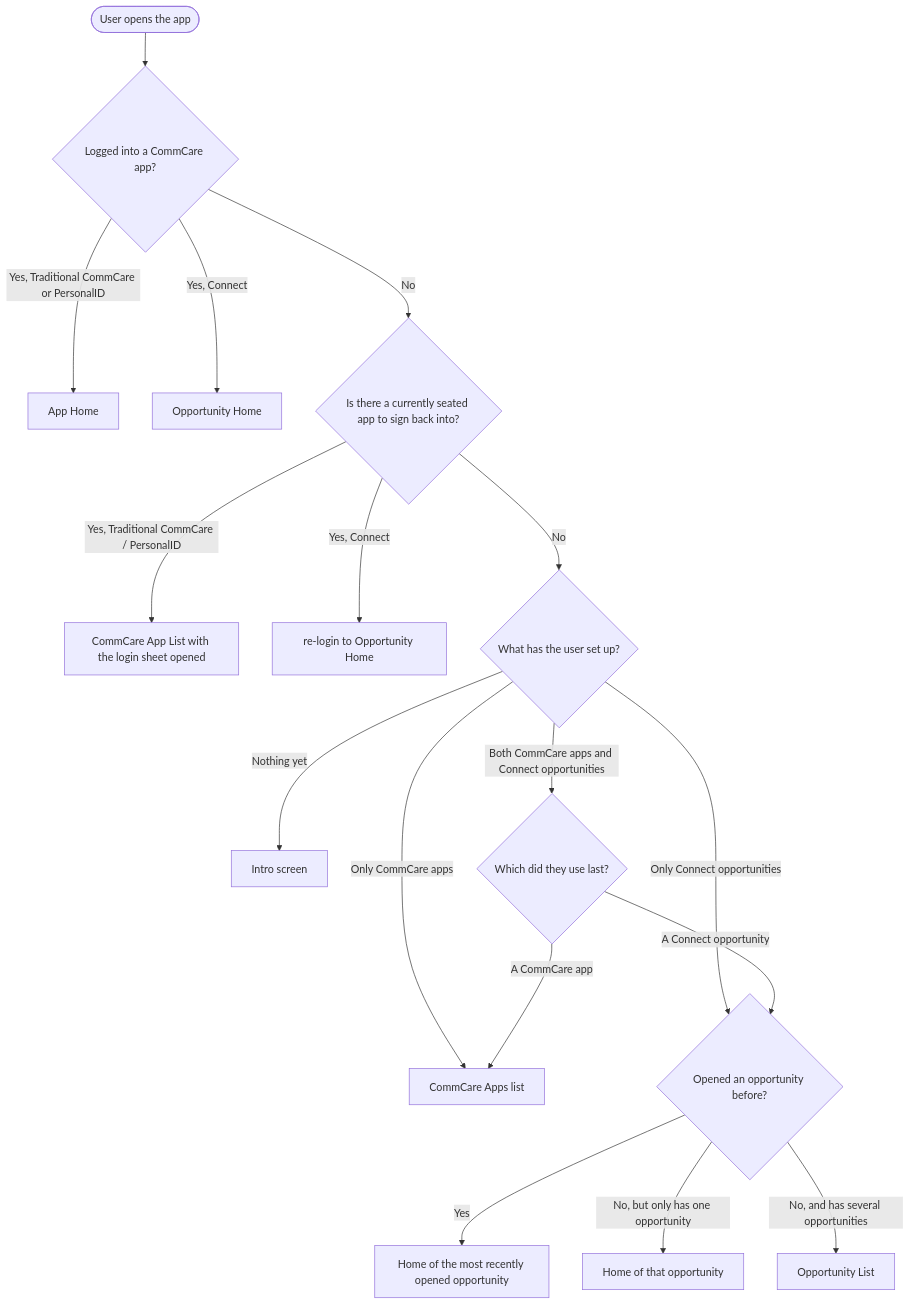
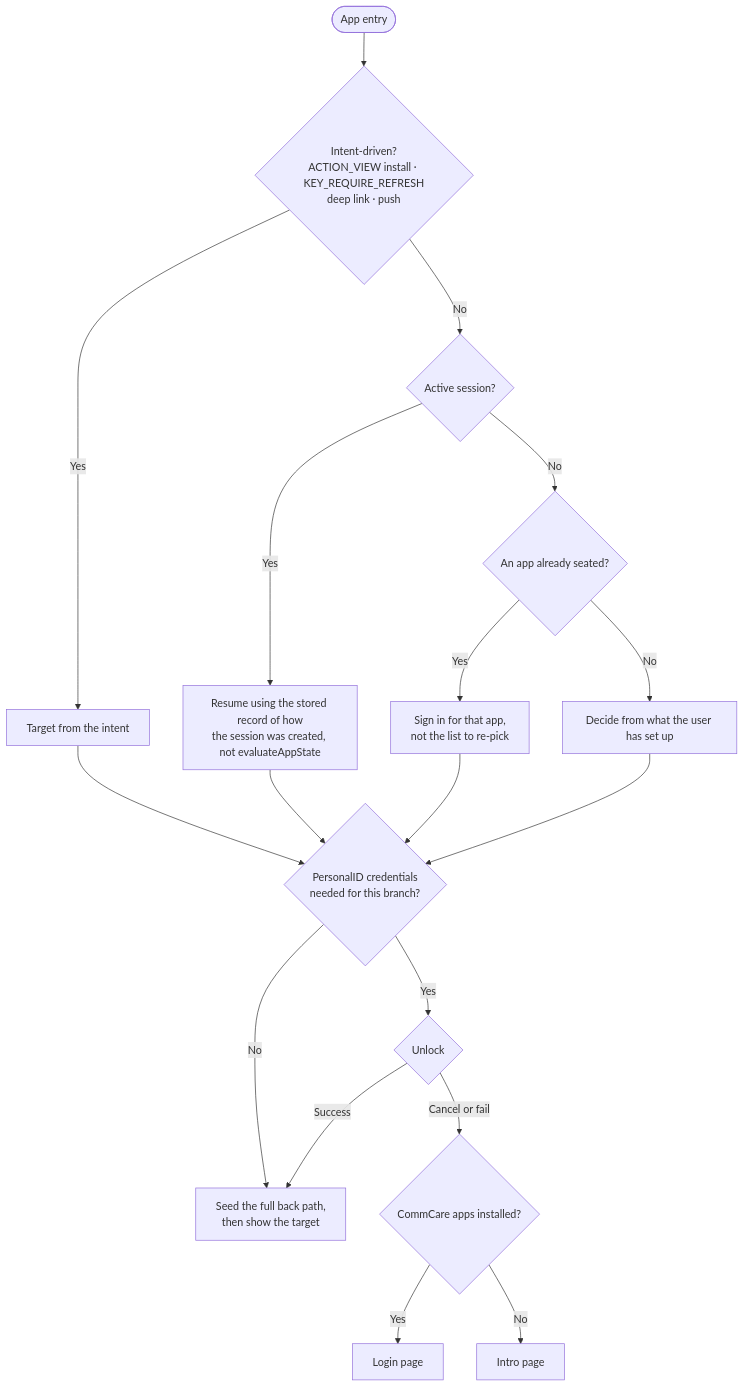
The diagram in docs/superpowers/specs/2026-07-23-app-navigation-changes-design.md (dimagi/commcare-android), drawn with Mermaid before and after one commit. The commit also changed other lines of this file, not shown here.

First line of the commit message:
CCCT-2520 App Navigation Changes Spec

````diff
--- a/docs/superpowers/specs/2026-07-23-app-navigation-changes-design.md
+++ b/docs/superpowers/specs/2026-07-23-app-navigation-changes-design.md
@@ -11,19 +17,16 @@
 ```mermaid
 flowchart TD
-    Open([User opens the app]) --> Active{Logged into a CommCare app?}
-    Active -->|Yes, Traditional CommCare or PersonalID| AppHome[App Home]
-    Active -->|Yes, Connect| OppHome[Opportunity Home]
-    Active -->|No| Current{Is there a currently seated app to sign back into?}
-    Current -->|Yes, Traditional CommCare / PersonalID| LoginSeated[CommCare App List with the login sheet opened]
-    Current -->|Yes, Connect| UnlockRelogin[re-login to Opportunity Home]
-    Current -->|No| Type{What has the user set up?}
-    Type -->|Nothing yet| Intro[Intro screen]
-    Type -->|Only CommCare apps| Apps[CommCare Apps list]
-    Type -->|Only Connect opportunities| Opp{Opened an opportunity before?}
-    Type -->|Both CommCare apps and Connect opportunities| Last{Which did they use last?}
-    Last -->|A CommCare app| Apps
-    Last -->|A Connect opportunity| Opp
-    Opp -->|Yes| Home[Home of the most recently opened opportunity]
-    Opp -->|No, but only has one opportunity| HomeSingle[Home of that opportunity]
-    Opp -->|No, and has several opportunities| List[Opportunity List]
+    E([App entry]) --> I{"Intent-driven?<br/>ACTION_VIEW install · KEY_REQUIRE_REFRESH<br/>deep link · push"}
+    I -->|Yes| Target[Target from the intent] --> Need{"PersonalID credentials<br/>needed for this branch?"}
+    I -->|No| S{Active session?}
+    S -->|Yes| Prov["Resume using the stored record of how<br/>the session was created, not evaluateAppState"] --> Need
+    S -->|No| Seat{An app already seated?}
+    Seat -->|Yes| SignIn["Sign in for that app,<br/>not the list to re-pick"] --> Need
+    Seat -->|No| Config[Decide from what the user has set up] --> Need
+    Need -->|No| Seed["Seed the full back path,<br/>then show the target"]
+    Need -->|Yes| Unlock{Unlock}
+    Unlock -->|Success| Seed
+    Unlock -->|Cancel or fail| Apps{CommCare apps installed?}
+    Apps -->|Yes| Login[Login page]
+    Apps -->|No| Intro[Intro page]
 ```
````
